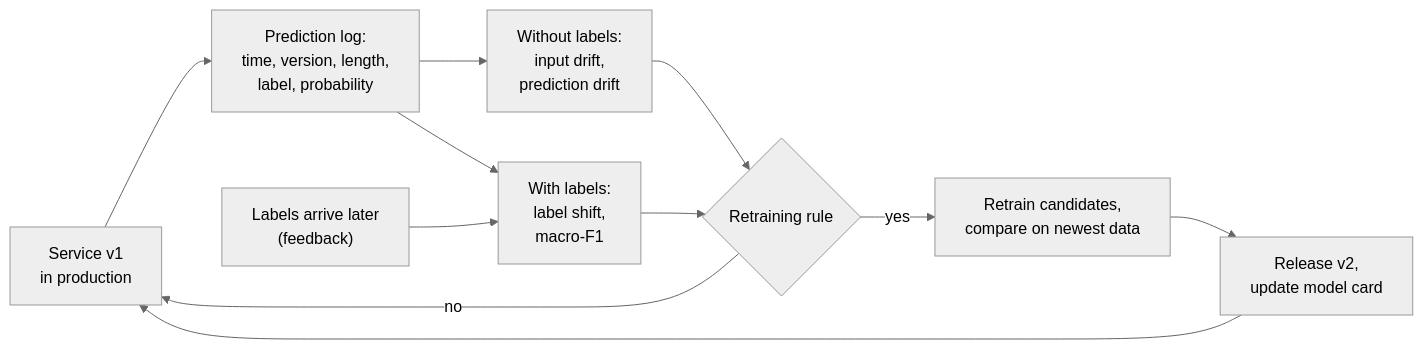
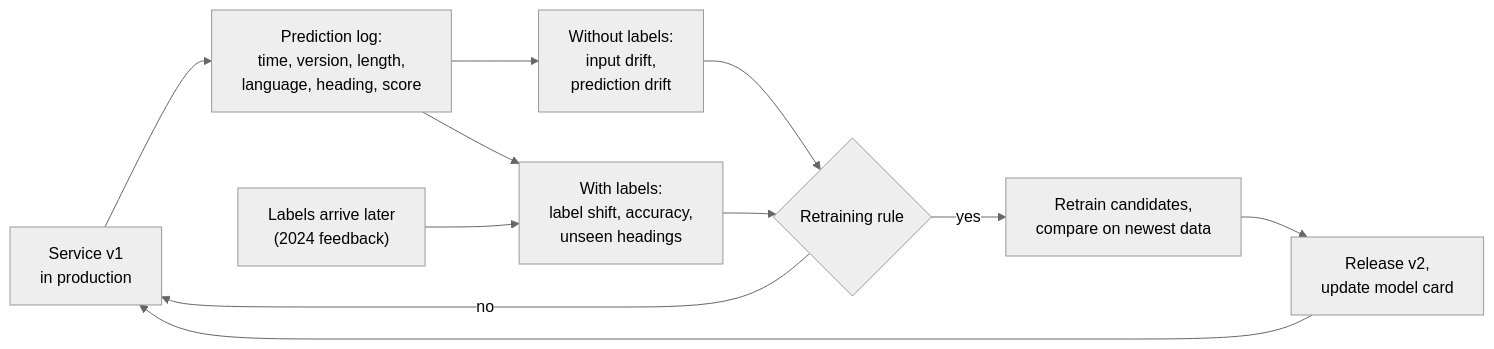
The first of 2 diagrams in sessions/16-deployment-and-monitoring/theory/03-monitoring-and-maintenance.md (khoadaniel/statistical-programming-mpmd-htw-ws-2026), drawn with Mermaid (neutral theme) before and after one commit. The commit also changed other lines of this file and 268 other files, not shown here.

````diff
--- a/sessions/16-deployment-and-monitoring/theory/03-monitoring-and-maintenance.md
+++ b/sessions/16-deployment-and-monitoring/theory/03-monitoring-and-maintenance.md
@@ -7,13 +7,13 @@
 ```mermaid
 flowchart LR
-    S["Service v1<br/>in production"] --> L["Prediction log:<br/>time, version, length,<br/>label, probability"]
+    S["Service v1<br/>in production"] --> L["Prediction log:<br/>time, version, length,<br/>language, heading, score"]
     L --> I["Without labels:<br/>input drift,<br/>prediction drift"]
-    F["Labels arrive later<br/>(feedback)"] --> P["With labels:<br/>label shift,<br/>macro-F1"]
+    F["Labels arrive later<br/>(2024 feedback)"] --> P["With labels:<br/>label shift, accuracy,<br/>unseen headings"]
     L --> P
     I --> R{"Retraining rule"}
     P --> R
     R -->|no| S
     R -->|yes| T["Retrain candidates,<br/>compare on newest data"]
     T --> V["Release v2,<br/>update model card"]
     V --> S
 ```
````
